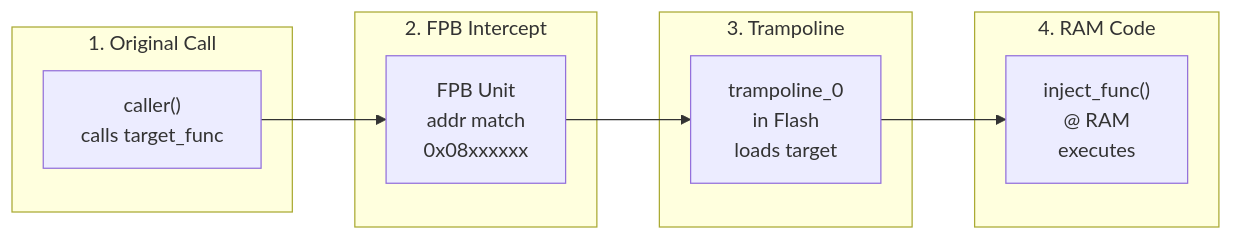
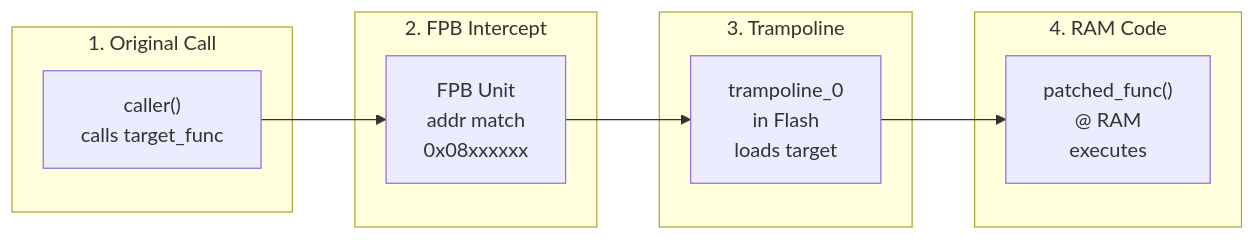
Before and after one commit to FASTSHIFT/FPBInject: the first of 5 diagrams in Docs/Architecture.md, drawn with Mermaid. The commit also changed other lines of this file and 23 other files, not shown here.

````diff
--- a/Docs/Architecture.md
+++ b/Docs/Architecture.md
@@ -11,20 +11,20 @@
 ```mermaid
 flowchart LR
     subgraph step1["1. Original Call"]
         A["caller()<br/>calls target_func"]
     end
     
     subgraph step2["2. FPB Intercept"]
         B["FPB Unit<br/>addr match<br/>0x08xxxxxx"]
     end
     
     subgraph step3["3. Trampoline"]
         C["trampoline_0<br/>in Flash<br/>loads target"]
     end
     
     subgraph step4["4. RAM Code"]
-        D["inject_func()<br/>@ RAM<br/>executes"]
+        D["patched_func()<br/>@ RAM<br/>executes"]
     end
     
     A --> B --> C --> D
 ```
````
